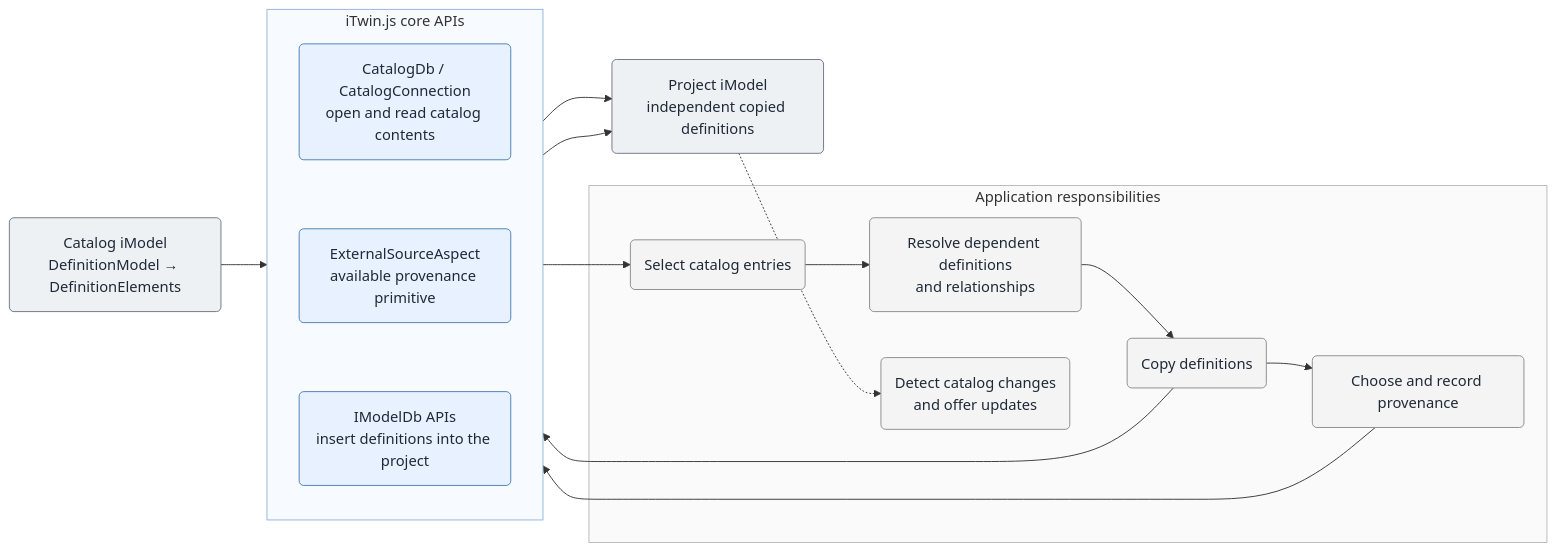
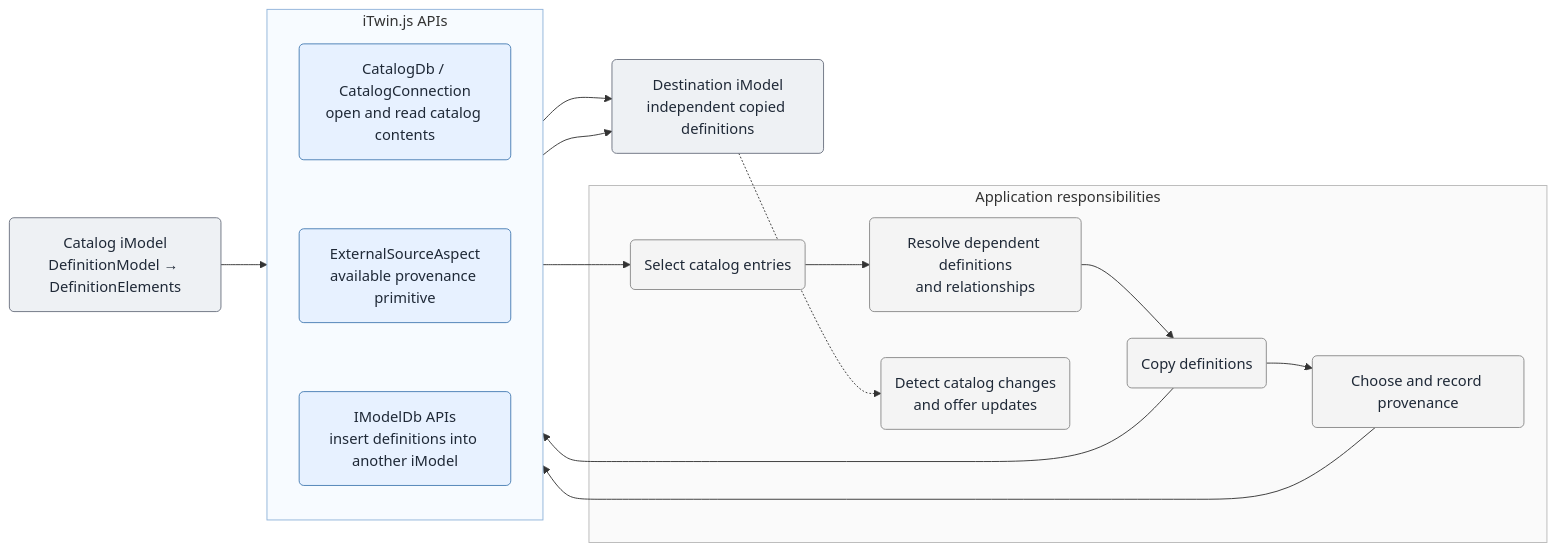
The diagram in docs/learning/backend/Catalogs.md (iTwin/itwinjs-core), drawn with Mermaid before and after one commit. The commit also changed other lines of this file and 1 other file, not shown here.

````diff
--- a/docs/learning/backend/Catalogs.md
+++ b/docs/learning/backend/Catalogs.md
@@ -24,40 +24,40 @@
 ```mermaid
 graph LR
     C("Catalog iModel<br/>DefinitionModel → DefinitionElements")
-    P("Project iModel<br/>independent copied definitions")
+    P("Destination iModel<br/>independent copied definitions")
 
-    subgraph Core["iTwin.js core APIs"]
+    subgraph Core["iTwin.js APIs"]
         direction TB
         R("CatalogDb / CatalogConnection<br/>open and read catalog contents")
         E("ExternalSourceAspect<br/>available provenance primitive")
-        W("IModelDb APIs<br/>insert definitions into the project")
+        W("IModelDb APIs<br/>insert definitions into another iModel")
         R ~~~ E
         E ~~~ W
     end
 
     subgraph App["Application responsibilities"]
         S("Select catalog entries")
         D("Resolve dependent definitions<br/>and relationships")
         X("Copy definitions")
         O("Choose and record provenance")
         U("Detect catalog changes<br/>and offer updates")
         S --> D --> X --> O
     end
 
     C --> R
     R --> S
     X --> W
     W --> P
     O --> E
     E --> P
     P -.-> U
 
     classDef data fill:#eef1f4,stroke:#6b7280,color:#1f2937
     classDef core fill:#e7f1ff,stroke:#477db3,color:#1f2937
     classDef app fill:#f4f4f4,stroke:#8a8a8a,color:#1f2937
     class C,P data
     class R,E,W core
     class S,D,X,O,U app
     style Core fill:#f7fbff,stroke:#8fb3d9,stroke-width:1px
     style App fill:#fafafa,stroke:#b8b8b8,stroke-width:1px
 ```
````
